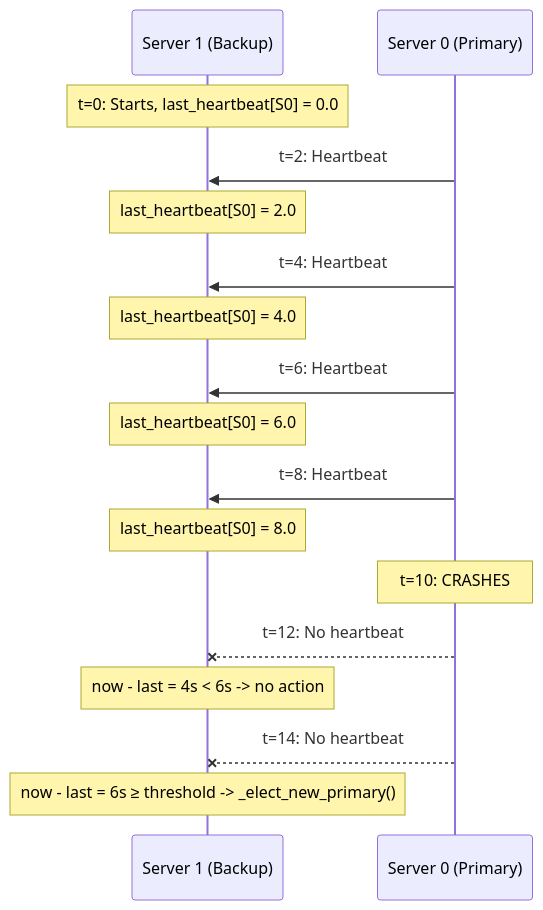
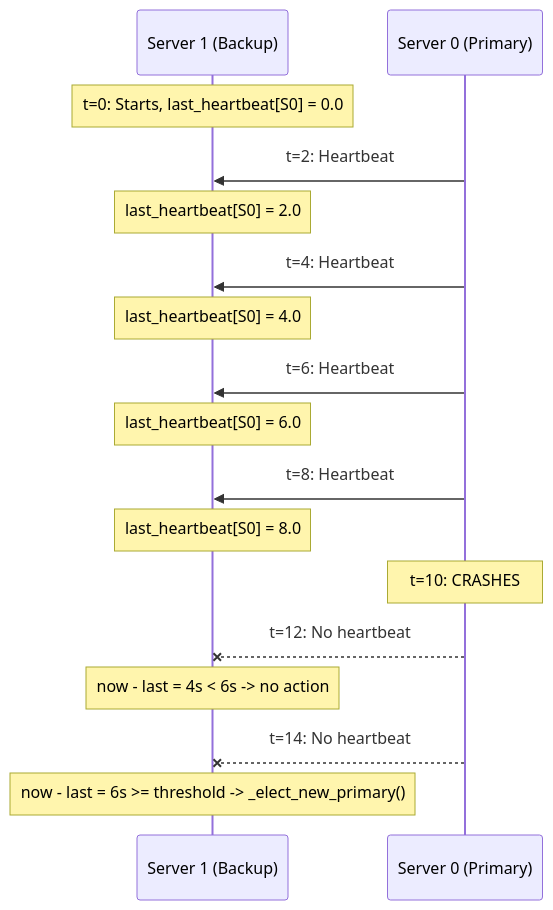
Before and after one commit to JohnTwiprahamDebbarma/distributed-storage-compute: the third of 5 diagrams in part2_3_replication/replication/replication.md, drawn with Mermaid. The commit also changed other lines of this file and 34 other files, not shown here.

````diff
--- a/part2_3_replication/replication/replication.md
+++ b/part2_3_replication/replication/replication.md
@@ -223,20 +223,20 @@
 ```mermaid
 sequenceDiagram
     participant S1 as Server 1 (Backup)
     participant S0 as Server 0 (Primary)
 
     Note over S1: t=0: Starts, last_heartbeat[S0] = 0.0
     S0->>S1: t=2: Heartbeat
     Note over S1: last_heartbeat[S0] = 2.0
     S0->>S1: t=4: Heartbeat
     Note over S1: last_heartbeat[S0] = 4.0
     S0->>S1: t=6: Heartbeat
     Note over S1: last_heartbeat[S0] = 6.0
     S0->>S1: t=8: Heartbeat
     Note over S1: last_heartbeat[S0] = 8.0
     Note over S0: t=10: CRASHES
     S0--xS1: t=12: No heartbeat
     Note over S1: now - last = 4s < 6s -> no action
     S0--xS1: t=14: No heartbeat
-    Note over S1: now - last = 6s ≥ threshold -> _elect_new_primary()
+    Note over S1: now - last = 6s >= threshold -> _elect_new_primary()
 ```
````
